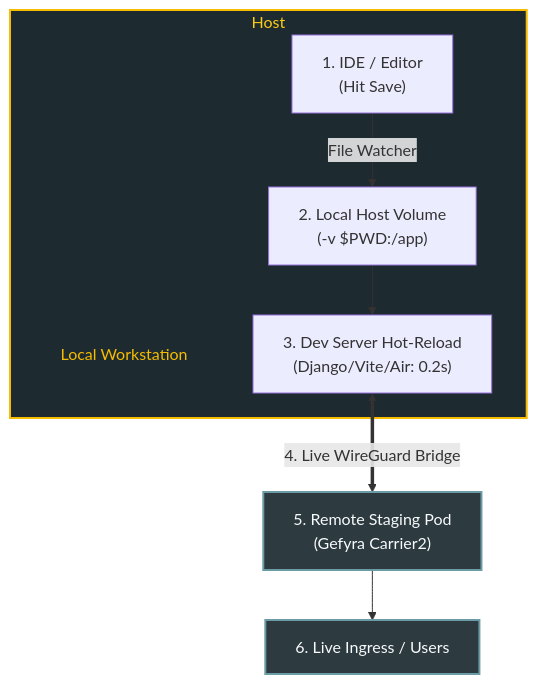
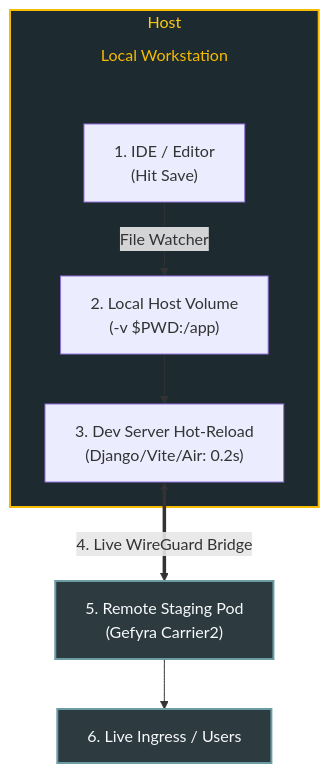
The diagram in gefyra-docs/content/en/3.developer-workflows/1.hot-reloading.md (gefyrahq/gefyra), drawn with Mermaid before and after one commit. The commit also changed other lines of this file and 33 other files, not shown here.

````diff
--- a/gefyra-docs/content/en/3.developer-workflows/1.hot-reloading.md
+++ b/gefyra-docs/content/en/3.developer-workflows/1.hot-reloading.md
@@ -21,18 +21,18 @@
 ```mermaid
 flowchart TD
     subgraph Host
-        HostTitle[["Local Workstation"]]
-        Editor["1. IDE / Editor<br/>(Hit Save)"] -->|File Watcher| Volume["2. Local Host Volume<br/>(-v $PWD:/app)"]
+        HostTitle[["Local Workstation"]] ~~~ Editor["1. IDE / Editor<br/>(Hit Save)"]
+        Editor -->|File Watcher| Volume["2. Local Host Volume<br/>(-v $PWD:/app)"]
         Volume --> Engine["3. Dev Server Hot-Reload<br/>(Django/Vite/Air: 0.2s)"]
     end
 
     Engine <==>|"4. Live WireGuard Bridge"| Pod["5. Remote Staging Pod<br/>(Gefyra Carrier2)"]
     Pod --> Ingress["6. Live Ingress / Users"]
 
     classDef groupTitle fill:transparent,stroke:none,color:#f6bc00;
     classDef gefyra fill:#1d2a2f,stroke:#f6bc00,stroke-width:2px,color:#facc15;
     classDef remote fill:#2d3b41,stroke:#6b9ba5,stroke-width:2px,color:#f8fafc;
     class HostTitle groupTitle;
     class Host gefyra;
     class Pod,Ingress remote;
 ```
````
